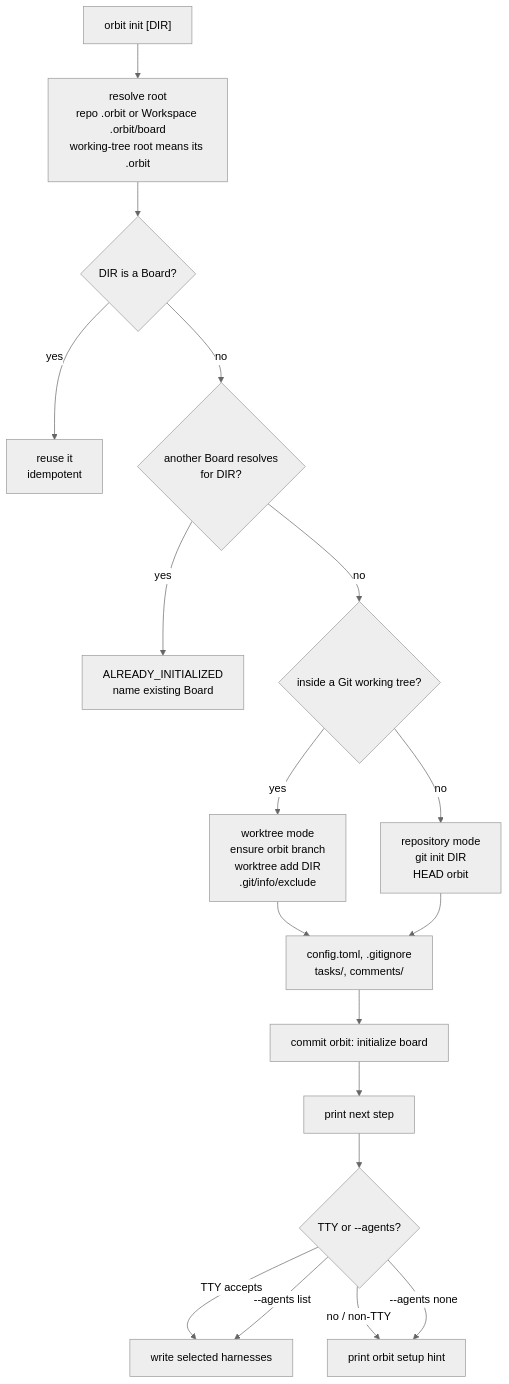
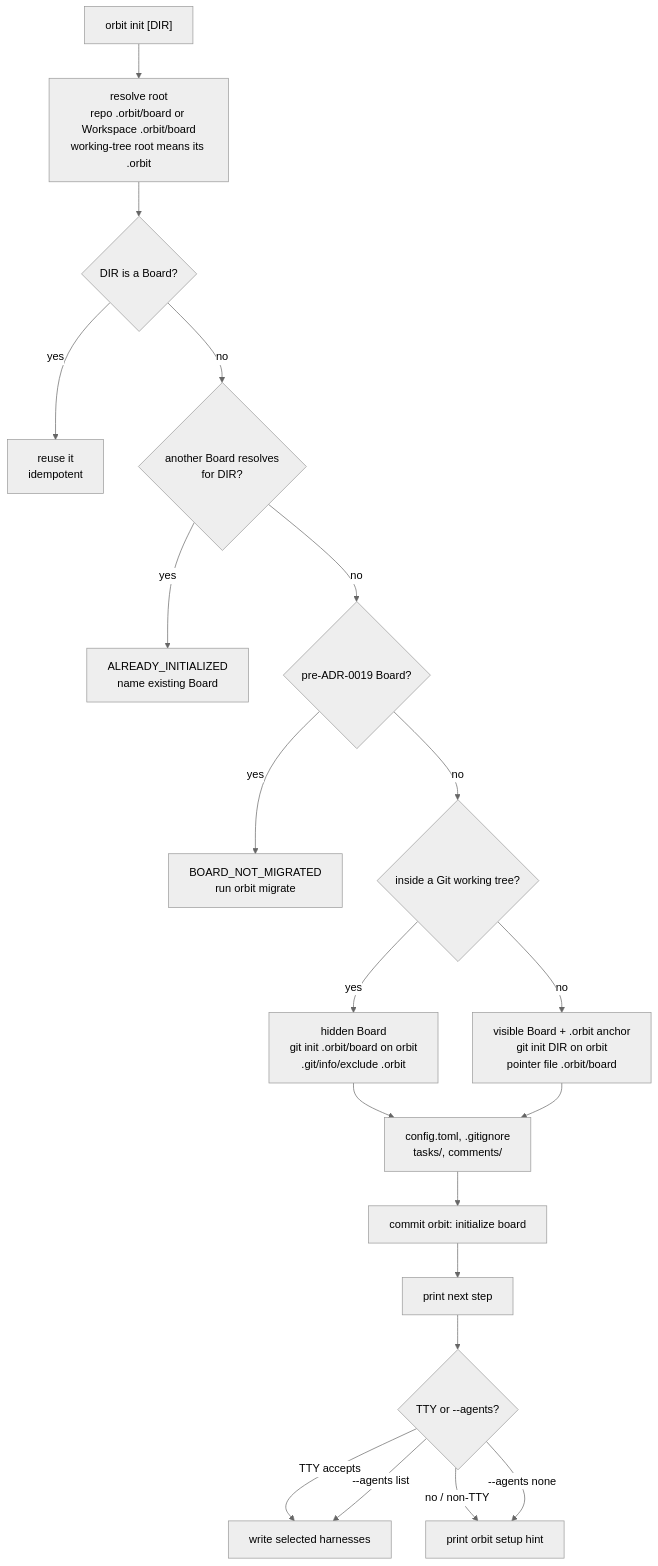
One commit to rcmendes/orbit changed the tenth of 15 diagrams in docs/ARCHITECTURE.md. Above: the diagram before and after it, drawn with Mermaid (neutral theme). The commit also changed other lines of this file, not shown here.

Commit message:
docs(architecture): redraw board layout, init flow, and legacy migration for ADR-0019

````diff
--- a/docs/ARCHITECTURE.md
+++ b/docs/ARCHITECTURE.md
@@ -624,20 +624,22 @@
 ```mermaid
 flowchart TD
-    I["orbit init [DIR]"] --> R["resolve root<br/>repo .orbit or Workspace .orbit/board<br/>working-tree root means its .orbit"]
+    I["orbit init [DIR]"] --> R["resolve root<br/>repo .orbit/board or Workspace .orbit/board<br/>working-tree root means its .orbit"]
     R --> EXISTS{"DIR is a Board?"}
     EXISTS -->|yes| REUSE["reuse it<br/>idempotent"]
     EXISTS -->|no| SECOND{"another Board resolves<br/>for DIR?"}
     SECOND -->|yes| ERR["ALREADY_INITIALIZED<br/>name existing Board"]
-    SECOND -->|no| INSIDE{"inside a Git working tree?"}
-    INSIDE -->|yes| WT["worktree mode<br/>ensure orbit branch<br/>worktree add DIR<br/>.git/info/exclude"]
-    INSIDE -->|no| REPO["repository mode<br/>git init DIR<br/>HEAD orbit"]
-    WT --> FILES["config.toml, .gitignore<br/>tasks/, comments/"]
-    REPO --> FILES
+    SECOND -->|no| LEGACY{"pre-ADR-0019 Board?"}
+    LEGACY -->|yes| MIGRATE["BOARD_NOT_MIGRATED<br/>run orbit migrate"]
+    LEGACY -->|no| INSIDE{"inside a Git working tree?"}
+    INSIDE -->|yes| HIDDEN["hidden Board<br/>git init .orbit/board on orbit<br/>.git/info/exclude .orbit"]
+    INSIDE -->|no| VISIBLE["visible Board + .orbit anchor<br/>git init DIR on orbit<br/>pointer file .orbit/board"]
+    HIDDEN --> FILES["config.toml, .gitignore<br/>tasks/, comments/"]
+    VISIBLE --> FILES
     FILES --> COMMIT["commit orbit: initialize board"]
     COMMIT --> NEXT["print next step"]
     NEXT --> PROMPT{"TTY or --agents?"}
     PROMPT -->|TTY accepts| SETUP["write selected harnesses"]
     PROMPT -->|no / non-TTY| HINT["print orbit setup hint"]
     PROMPT -->|--agents list| SETUP
     PROMPT -->|--agents none| HINT
 ```
````
